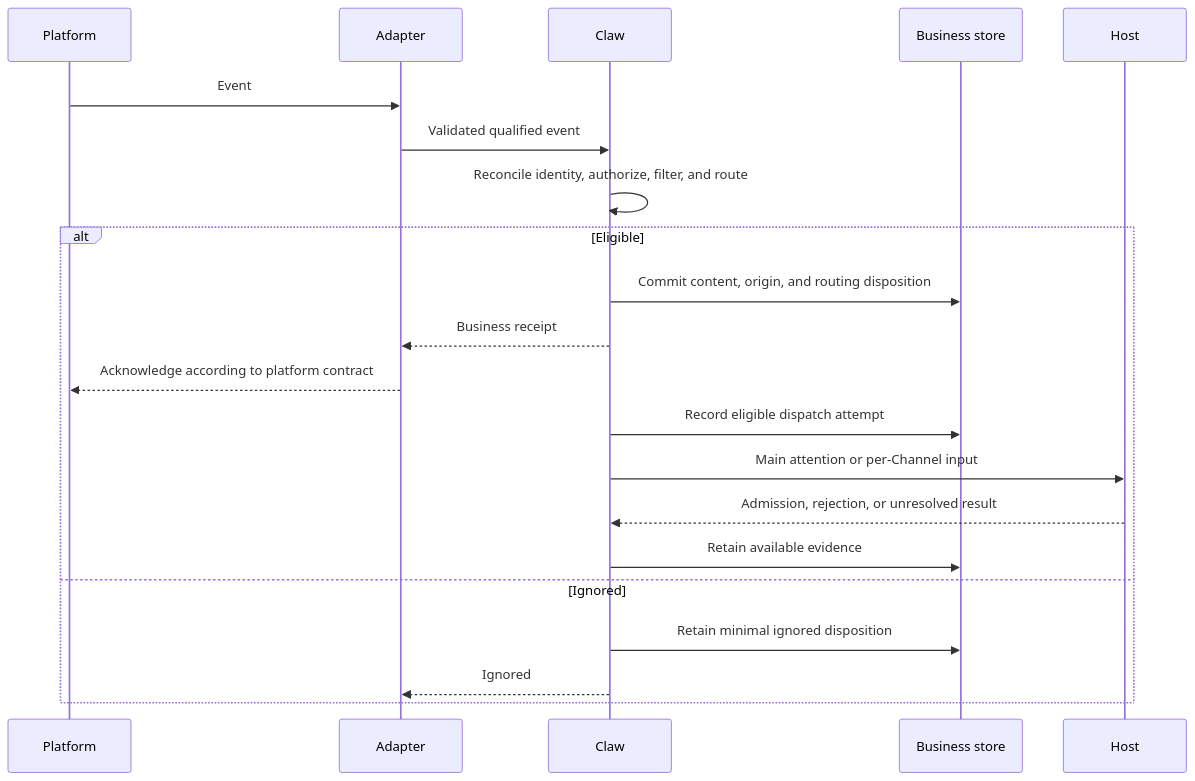
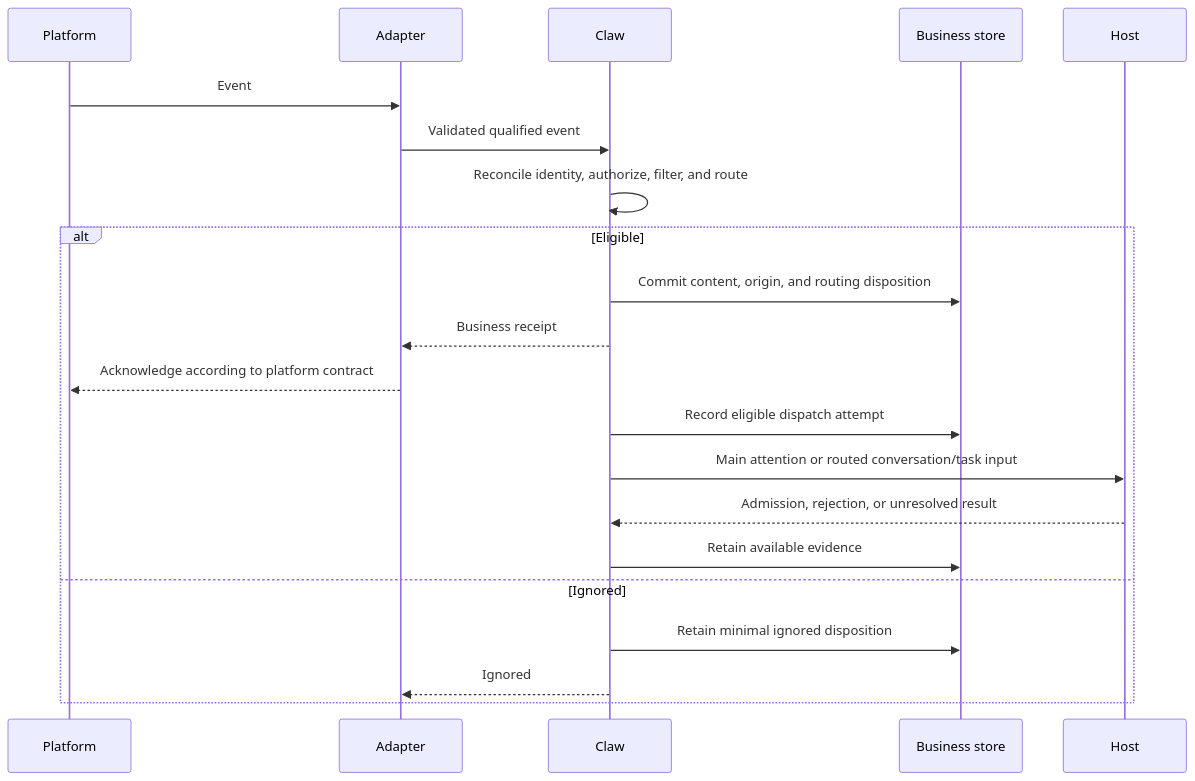
Before and after one commit to Wh1isper/a13n-claw: the diagram in spec/07-bridges-and-clients.md, drawn with Mermaid. The commit also changed other lines of this file and 9 other files, not shown here.

````diff
--- a/spec/07-bridges-and-clients.md
+++ b/spec/07-bridges-and-clients.md
@@ -29,23 +45,23 @@
 ```mermaid
 sequenceDiagram
     participant Platform
     participant Adapter
     participant Claw
     participant Store as Business store
     participant Host
     Platform->>Adapter: Event
     Adapter->>Claw: Validated qualified event
     Claw->>Claw: Reconcile identity, authorize, filter, and route
     alt Eligible
         Claw->>Store: Commit content, origin, and routing disposition
         Claw-->>Adapter: Business receipt
         Adapter-->>Platform: Acknowledge according to platform contract
         Claw->>Store: Record eligible dispatch attempt
-        Claw->>Host: Main attention or per-Channel input
+        Claw->>Host: Main attention or routed conversation/task input
         Host-->>Claw: Admission, rejection, or unresolved result
         Claw->>Store: Retain available evidence
     else Ignored
         Claw->>Store: Retain minimal ignored disposition
         Claw-->>Adapter: Ignored
     end
 ```
````
